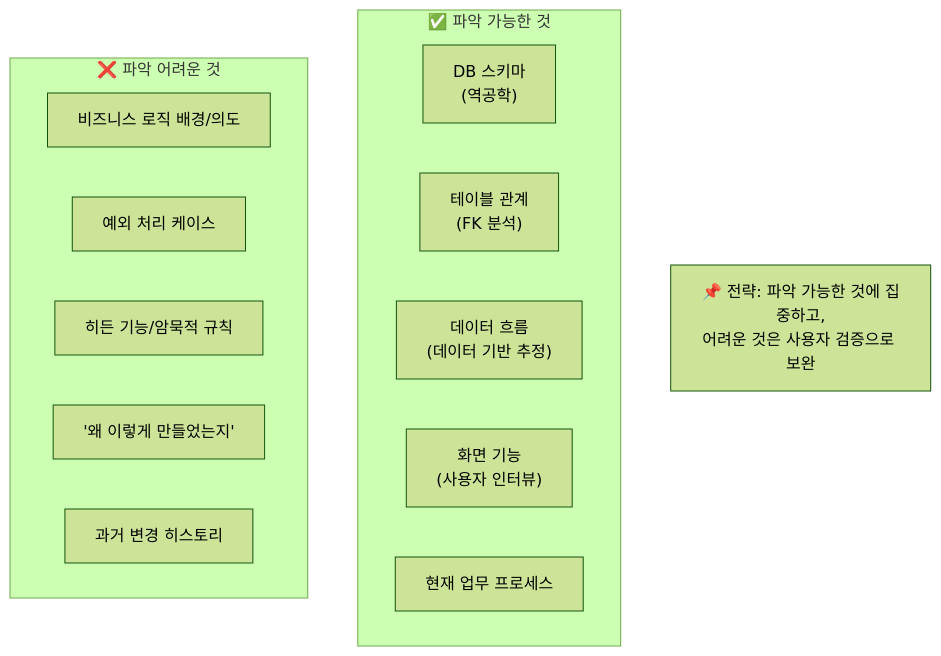
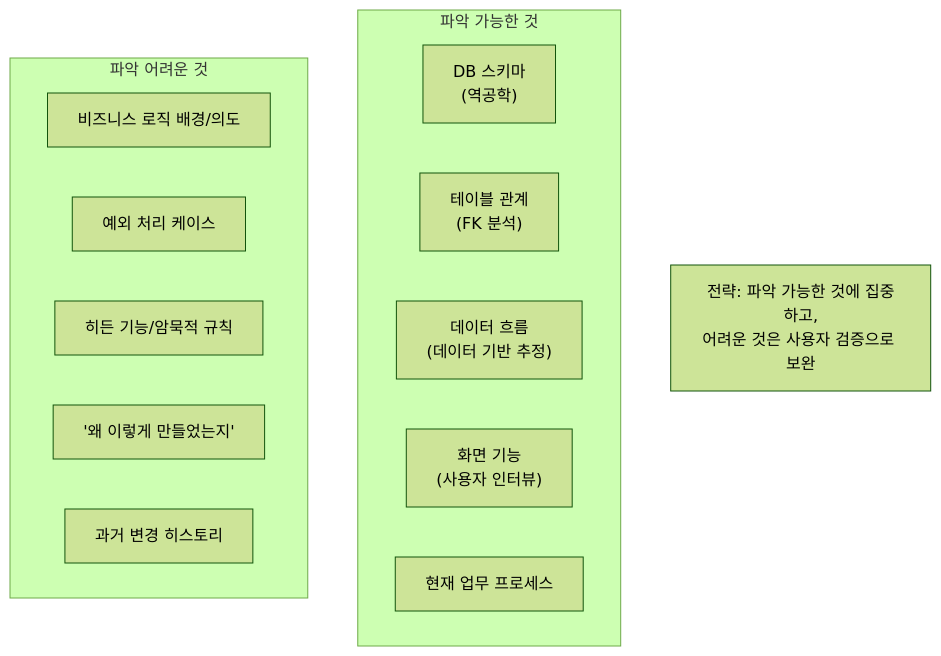
The first of 5 diagrams in src/content/docs/goodthinking-isp/02-analysis/investigation-guide.md (sknkwoxs/manual-book), drawn with Mermaid (forest theme) before and after one commit. The commit also changed other lines of this file and 38 other files, not shown here.

````diff
--- a/src/content/docs/goodthinking-isp/02-analysis/investigation-guide.md
+++ b/src/content/docs/goodthinking-isp/02-analysis/investigation-guide.md
@@ -59,20 +59,20 @@
 ```mermaid
 graph TD
-    subgraph canDo["✅ 파악 가능한 것"]
+    subgraph canDo["파악 가능한 것"]
         A1["DB 스키마<br/>(역공학)"]
         A2["테이블 관계<br/>(FK 분석)"]
         A3["데이터 흐름<br/>(데이터 기반 추정)"]
         A4["화면 기능<br/>(사용자 인터뷰)"]
         A5["현재 업무 프로세스"]
     end
     
-    subgraph cannotDo["❌ 파악 어려운 것"]
+    subgraph cannotDo["파악 어려운 것"]
         B1["비즈니스 로직 배경/의도"]
         B2["예외 처리 케이스"]
         B3["히든 기능/암묵적 규칙"]
         B4["'왜 이렇게 만들었는지'"]
         B5["과거 변경 히스토리"]
     end
     
-    STRATEGY["📌 전략: 파악 가능한 것에 집중하고,<br/>어려운 것은 사용자 검증으로 보완"]
+    STRATEGY["전략: 파악 가능한 것에 집중하고,<br/>어려운 것은 사용자 검증으로 보완"]
 ```
````
